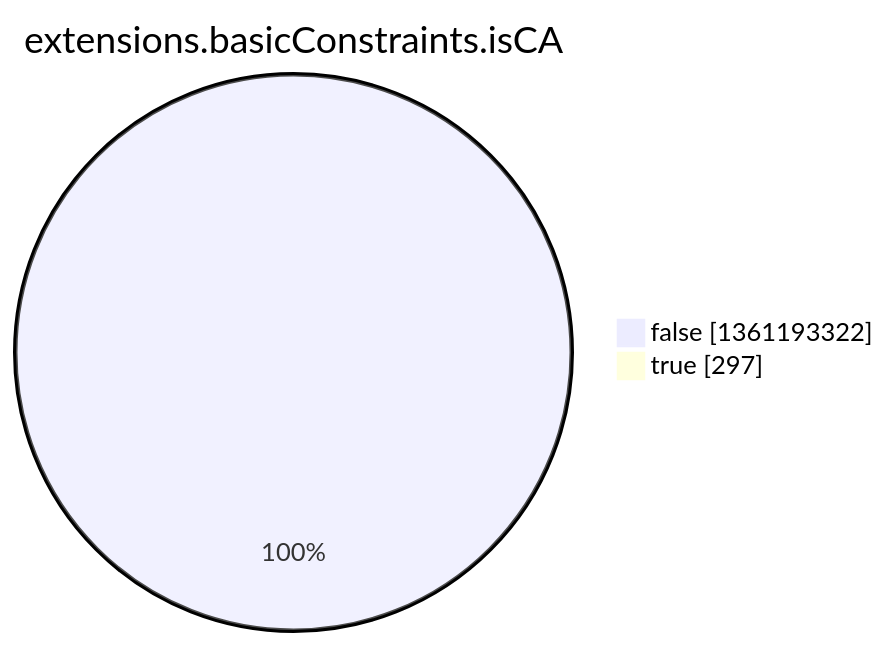
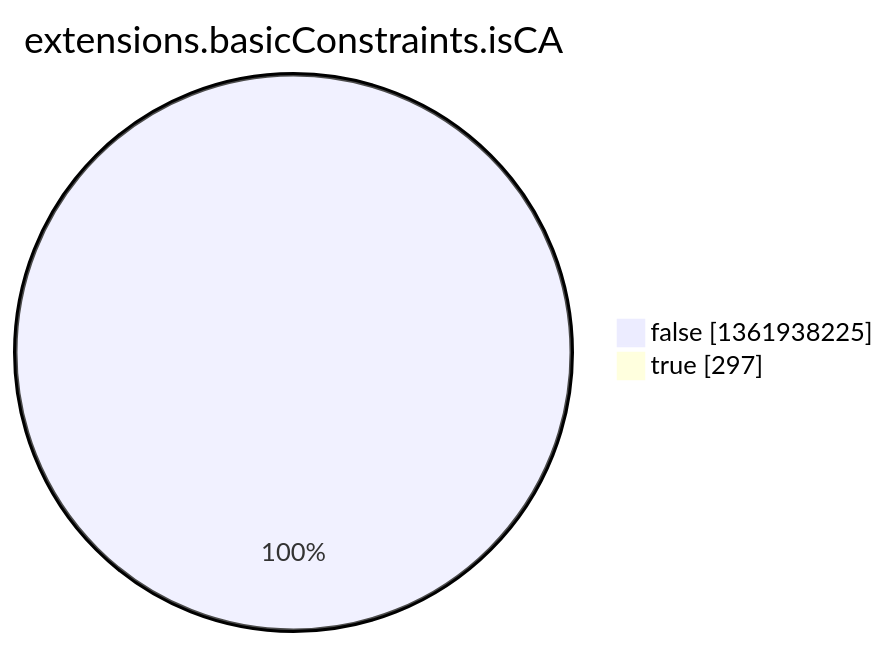
Before and after one commit to christiankrug/ctmonitor_visualization: the eighth of 15 diagrams in argon2022/README.md, drawn with Mermaid. The commit also changed other lines of this file, not shown here.

````diff
--- a/argon2022/README.md
+++ b/argon2022/README.md
@@ -2758,6 +2758,6 @@
 ```mermaid
 pie showData
 title extensions.basicConstraints.isCA
-"false" :1361193322
+"false" :1361938225
 "true" :297
 ```
````
